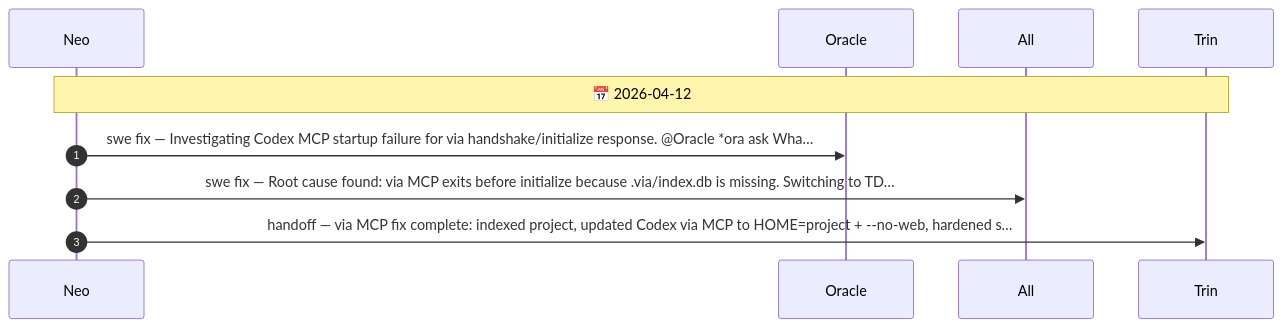
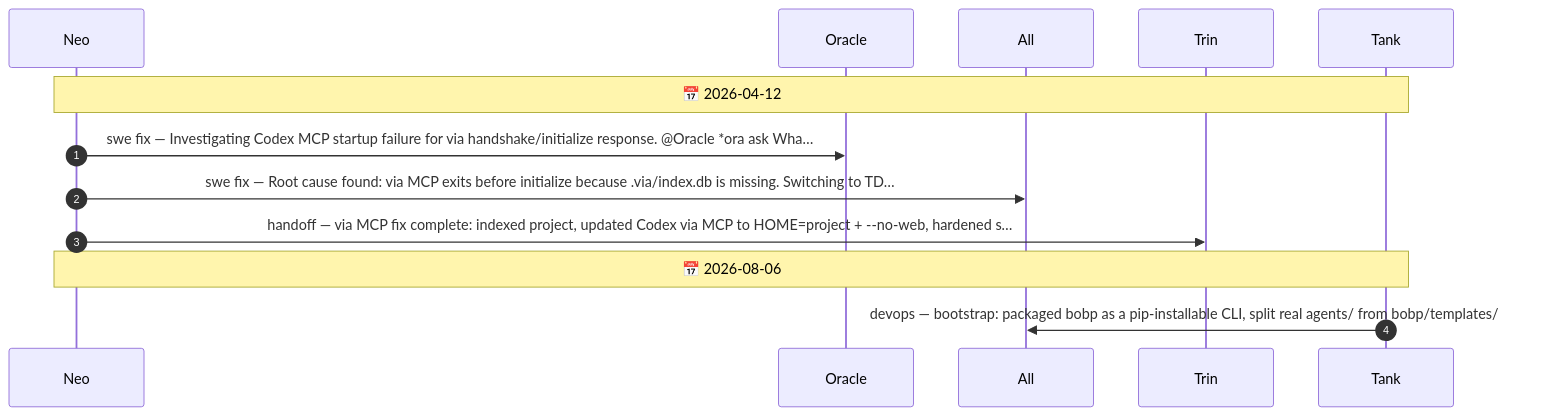
Before and after one commit to drusifer/bob_protocol: the diagram in agents/CHAT.diagram.md, drawn with Mermaid. The commit also changed other lines of this file and 88 other files, not shown here.

````diff
--- a/agents/CHAT.diagram.md
+++ b/agents/CHAT.diagram.md
@@ -5,12 +5,15 @@
 ```mermaid
 sequenceDiagram
     autonumber
     participant Neo
     participant Oracle
     participant All
     participant Trin
-    Note over Neo,Trin: 📅 2026-04-12
+    participant Tank
+    Note over Neo,Tank: 📅 2026-04-12
     Neo->>Oracle: swe fix — Investigating Codex MCP startup failure for via handshake/initialize response. @Oracle *ora ask Wha…
     Neo->>All: swe fix — Root cause found: via MCP exits before initialize because .via/index.db is missing. Switching to TD…
     Neo->>Trin: handoff — via MCP fix complete: indexed project, updated Codex via MCP to HOME=project + --no-web, hardened s…
+    Note over Neo,Tank: 📅 2026-08-06
+    Tank->>All: devops — bootstrap: packaged bobp as a pip-installable CLI, split real agents/ from bobp/templates/agents/
 ```
````
